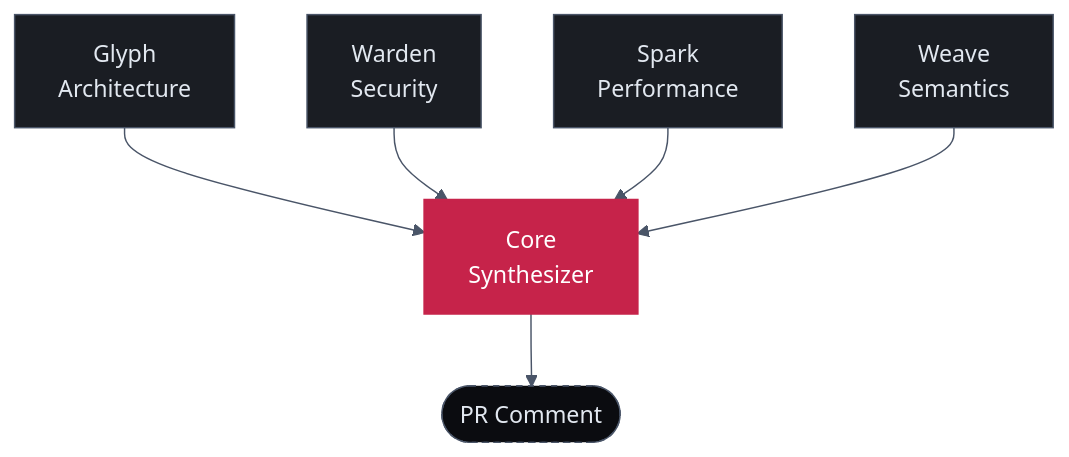
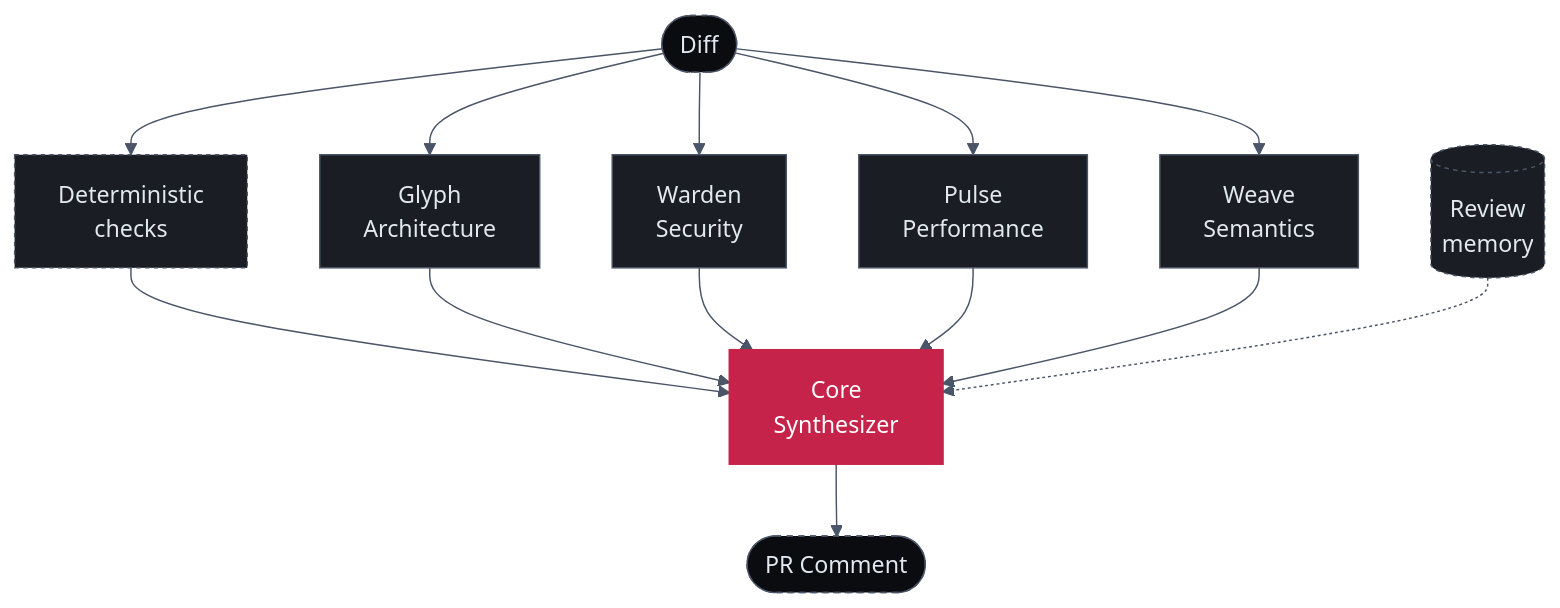
Before and after one commit to Arc-and-Anchor/sigilix-docs: the diagram in how-it-works/the-ensemble.mdx, drawn with Mermaid. The commit also changed other lines of this file and 32 other files, not shown here.

````diff
--- a/how-it-works/the-ensemble.mdx
+++ b/how-it-works/the-ensemble.mdx
@@ -12,34 +12,46 @@
 ```mermaid
 %%{init: {
   'theme': 'base',
   'themeVariables': {
     'background': '#0B0C10',
     'primaryColor': '#1A1D23',
     'primaryTextColor': '#E2E8F0',
     'primaryBorderColor': '#4A5568',
     'lineColor': '#4A5568',
     'fontFamily': 'ui-monospace, SFMono-Regular, Menlo, Monaco, Consolas, monospace'
   }
 } }%%
 flowchart TD
+    diff([Diff])
+    det["Deterministic<br/>checks"]
     glyph["Glyph<br/>Architecture"]
     warden["Warden<br/>Security"]
-    spark["Spark<br/>Performance"]
+    pulse["Pulse<br/>Performance"]
     weave["Weave<br/>Semantics"]
     core["Core<br/>Synthesizer"]
+    mem[("Review<br/>memory")]
     pr([PR Comment])
 
+    diff --> det
+    diff --> glyph
+    diff --> warden
+    diff --> pulse
+    diff --> weave
+    det --> core
     glyph --> core
     warden --> core
-    spark --> core
+    pulse --> core
     weave --> core
+    mem -.-> core
     core --> pr
 
     classDef specialist fill:#1A1D23,stroke:#4A5568,color:#E2E8F0,stroke-width:1px
+    classDef preLLM fill:#1A1D23,stroke:#4A5568,color:#E2E8F0,stroke-width:1px,stroke-dasharray: 3 3
     classDef coreStyle fill:#C6234A,stroke:#C6234A,color:#FFFFFF,stroke-width:2px
     classDef output fill:#0B0C10,stroke:#4A5568,color:#E2E8F0,stroke-width:1px,stroke-dasharray: 4 4
 
-    class glyph,warden,spark,weave specialist
+    class glyph,warden,pulse,weave specialist
+    class det,mem preLLM
     class core coreStyle
-    class pr output
+    class diff,pr output
 ```
````
